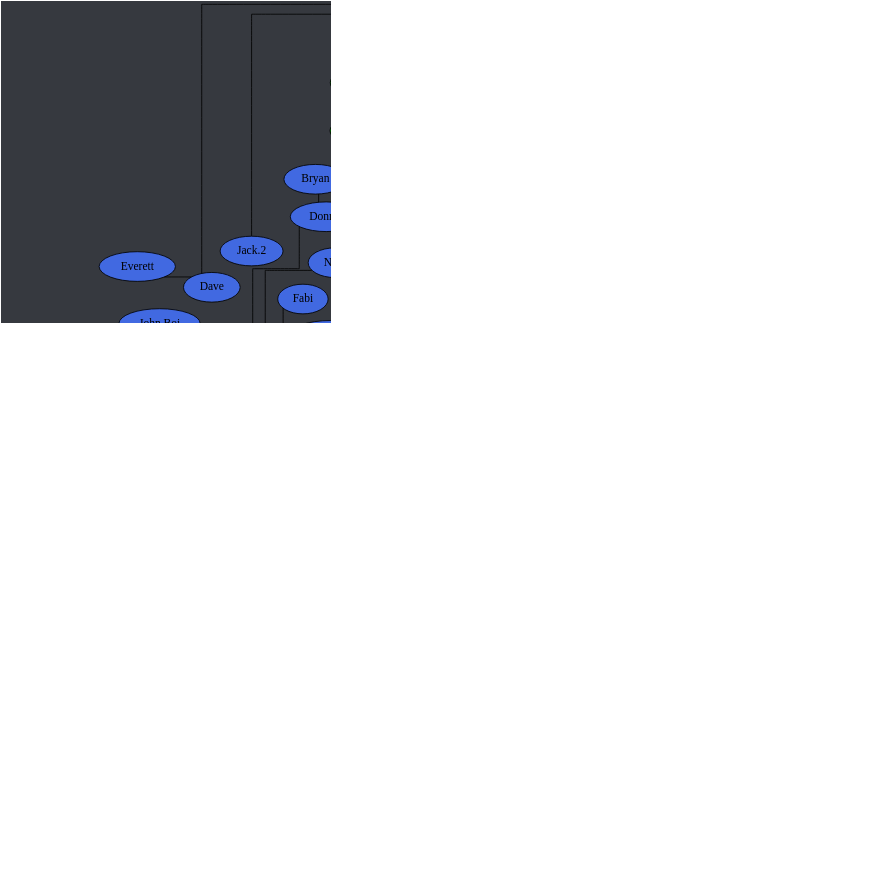
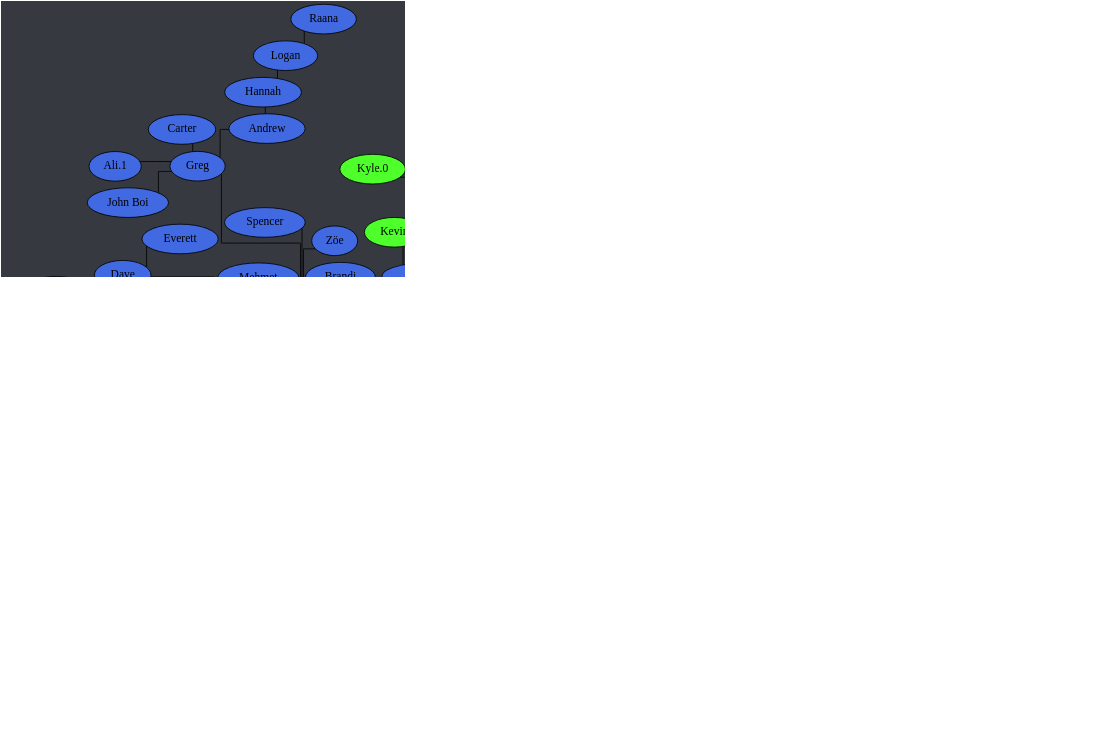
One commit to Documidas/CoronaCatzFamilyTree changed the diagram in tree.dot. Above: the diagram before and after it, drawn with Graphviz. The commit also changed 1 other file, not shown here.

Commit message:
Add Jasper

```diff
--- a/tree.dot
+++ b/tree.dot
@@ -1,166 +1,167 @@
 strict graph {
 	// Layout Configuration
 	layout = neato;
 	dpi = 200;
 	epsilon = 0.01;
 	mode = major;
 	model = subset;
 	overlap = false;
 	splines = ortho;
 	start = rand;
 
 	// Visual Configuration
 	graph [ truecolor=true bgcolor="#36393f" ];
 	node [ style=filled fillcolor="gray" fontcolor="black" ];
 
 	subgraph "Joel" {
 		node [ style=filled fillcolor="firebrick4" fontcolor="white" ];
 		Joel [ style=filled fillcolor="gold" fontcolor="black" ];
 
 		Cayla -- "Ali.2";
 		Cayla -- Jonathan;
 		Cayla -- Kate;
 		Cayla -- Ranger;
 		Joel -- Anders;
 		Joel -- Cayla;
 		Joel -- Conner;
 		Joel -- Jared;
 		Joel -- Kat;
 		Joel -- Patrick;
 		Joel -- Steven;
 		Joel -- Zach;
 	}
 
 	subgraph "Anders" {
 		node [ style=filled fillcolor="green4" fontcolor="white" ];
 		// Anders [ style=filled fillcolor="green4" fontcolor="white" ];
 
 		Anders -- Chiara;
 		Anders -- Cody;
 		Anders -- Daniel;
 		Anders -- "Derek/Yaupon";
 		Anders -- DJ;
 		Anders -- Hahnur;
 		Anders -- Jen;
 		Anders -- Matt;
 		Anders -- Solis;
 		Anders -- Will;
 		Anders -- Wyatt;
 	}
 
 	subgraph "Jared" {
 		node [ style=filled fillcolor="royalblue" fontcolor="black" ];
 		// Jared [ style=filled fillcolor="royalblue" fontcolor="black" ];
 
 		Andrew -- Hannah;
 		Dave -- Everett;
 		Donnie -- Bryan;
 		Donnie -- Troy;
 		Greg -- "Ali.1";
 		Greg -- Andrew;
 		Greg -- Carter;
 		Greg -- "John Boi";
 		Hannah -- Logan;
 		Jared -- Brandi;
 		Jared -- Dave;
 		Jared -- Donnie;
 		Jared -- Fabi;
 		Jared -- "Jack.2";
+		Jared -- Jasper;
 		Jared -- Kamon;
 		Jared -- Greg;
 		Jared -- Isabelle;
 		Jared -- Mason;
 		Jared -- Mehmet;
 		Jared -- Nam;
 		Jared -- Shannon;
 		Jared -- Spencer;
 		Jared -- Tyler;
 		Jared -- "Zach/Laniakea";
 		Jared -- "Zöe";
 		Logan -- Raana;
 		Troy -- Drake;
 		Tyler -- Gaby;
 	}
 
 	subgraph "Zach/Laniakea" {
 		node [ style=filled fillcolor="#4eff2c" fontcolor="black" ];
 		// "Zach/Laniakea" [ style=filled fillcolor="#4eff2c" fontcolor="black" ];
 
 		"Caio.2" -- "Kyle.1";
 		"Caio.2" -- Lucas;
 		"Zach/Laniakea" -- Allen;
 		"Zach/Laniakea" -- "Caio.2";
 		"Zach/Laniakea" -- Colin;
 		"Zach/Laniakea" -- John;
 		"Zach/Laniakea" -- Kevin;
 		"Zach/Laniakea" -- "Kyle.0";
 		"Zach/Laniakea" -- Mike;
 		"Zach/Laniakea" -- "Ryan.1";
 	}
 
 	subgraph "John" {
 		node [ style=filled fillcolor="#c89b3c" fontcolor="black" ];
 		// John [ style=filled fillcolor="#c89b3c" fontcolor="black" ];
 
 		Haber -- "Derek/Nomad";
 		John -- Anna;
 		John -- Emily;
 		John -- Haber;
 		John -- Jay;
 		John -- Jack;
 		John -- Lara;
 		John -- Monarch;
 		John -- "Oliger/Leanza";
 		John -- Thomas;
 	}
 
 	subgraph "John-stream" {
 		// node [ style=filled fillcolor="#9147ff" fontcolor="black" ];
 		node [ style=filled fillcolor="#c89b3c" fontcolor="black" ];
 
 		John -- "Michael/Wheezy";
 	}
 
 	subgraph "Thomas" {
 		node [ style=filled fillcolor="#b04900" fontcolor="black" ];
 		// Thomas [ style=filled fillcolor="#b04900" fontcolor="black" ];
 
 		Thomas -- Alex;
 		Thomas -- JD;
 		Thomas -- Josh;
 		Thomas -- Juan;
 		Thomas -- Taylor;
 		Thomas -- Tony;
 		Thomas -- "Travis.1";
 		Thomas -- "Travis.2";
 		Tony -- GT;
 	}
 
 	subgraph "Alex" {
 		node [ style=filled fillcolor="#6f2da8" fontcolor="white" ];
 		// Alex [ style=filled fillcolor="#6f2da8" fontcolor="black" ];
 
 		Alex -- "Alex/Blitt";
 		Alex -- "Da'Von";
 		Alex -- Sam;
 		"Alex/Blitt" -- Alan;
 		"Alex/Blitt" -- "Alex the 3rd";
 		"Alex/Blitt" -- Brian;
 		"Alex/Blitt" -- Carlos;
 		"Alex/Blitt" -- Chris;
 		"Alex/Blitt" -- Frank;
 		"Alex/Blitt" -- Gabe;
 		"Alex/Blitt" -- "Kyle.3";
 		"Alex/Blitt" -- Laske;
 		"Alex/Blitt" -- "Ryan.2";
 		"Alex/Blitt" -- "Sam.2";
 		"Da'Von" -- Dalton;
 		"Da'Von" -- Dalyn;
 		"Da'Von" -- Kuri;
 		"Da'Von" -- Zellar;
 		Dalton -- Graysen;
 		Kuri -- Drew;
 		Kuri -- Jon;
 		Kuri -- Karma;
 	}
 }
```
